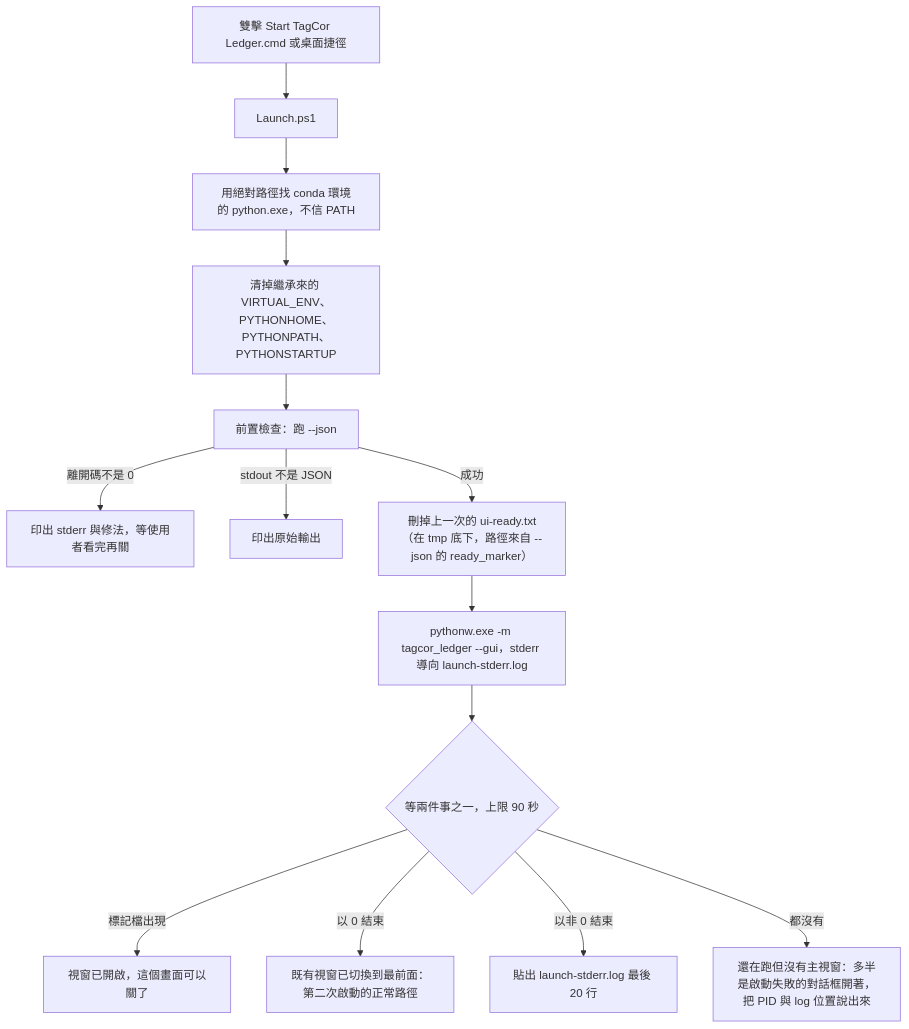
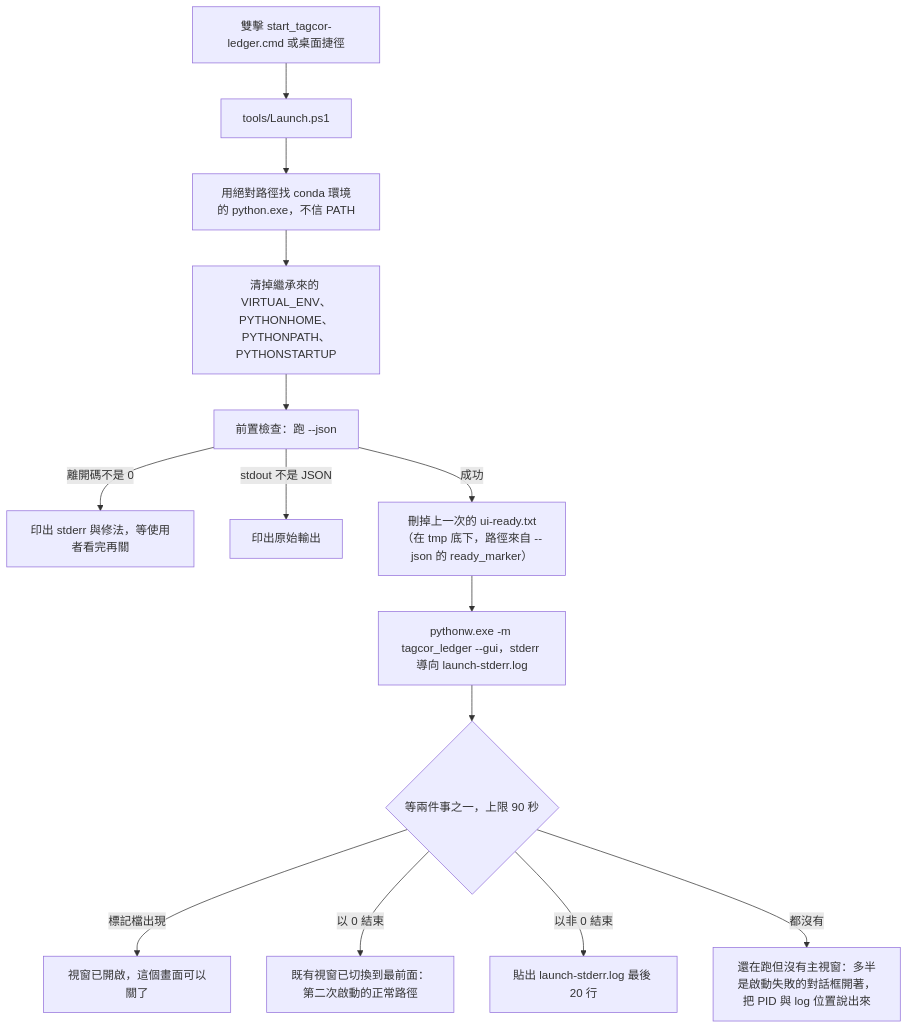
Before and after one commit to SpringRain555/tagcor-ledger: the first of 3 diagrams in docs/architecture/app-lifecycle.md, drawn with Mermaid. The commit also changed other lines of this file and 26 other files, not shown here.

First line of the commit message:
chore(tools): 啟動器與驗證腳本搬進 tools\，雙擊目標改名 start_tagcor-ledger.cmd

````diff
--- a/docs/architecture/app-lifecycle.md
+++ b/docs/architecture/app-lifecycle.md
@@ -13,16 +13,16 @@
 ```mermaid
 flowchart TD
-  S1["雙擊 Start TagCor Ledger.cmd 或桌面捷徑"] --> L["Launch.ps1"]
+  S1["雙擊 start_tagcor-ledger.cmd 或桌面捷徑"] --> L["tools/Launch.ps1"]
   L --> C1["用絕對路徑找 conda 環境的 python.exe，不信 PATH"]
   C1 --> C2["清掉繼承來的 VIRTUAL_ENV、PYTHONHOME、PYTHONPATH、PYTHONSTARTUP"]
   C2 --> C3["前置檢查：跑 --json"]
   C3 -->|"離開碼不是 0"| F1["印出 stderr 與修法，等使用者看完再關"]
   C3 -->|"stdout 不是 JSON"| F2["印出原始輸出"]
   C3 -->|"成功"| RM["刪掉上一次的 ui-ready.txt（在 tmp 底下，路徑來自 --json 的 ready_marker）"]
   RM --> G["pythonw.exe -m tagcor_ledger --gui，stderr 導向 launch-stderr.log"]
   G --> W{"等兩件事之一，上限 90 秒"}
   W -->|"標記檔出現"| OK1["視窗已開啟，這個畫面可以關了"]
   W -->|"以 0 結束"| OK2["既有視窗已切換到最前面：第二次啟動的正常路徑"]
   W -->|"以非 0 結束"| F3["貼出 launch-stderr.log 最後 20 行"]
   W -->|"都沒有"| F4["還在跑但沒有主視窗：多半是啟動失敗的對話框開著，把 PID 與 log 位置說出來"]
 ```
````
